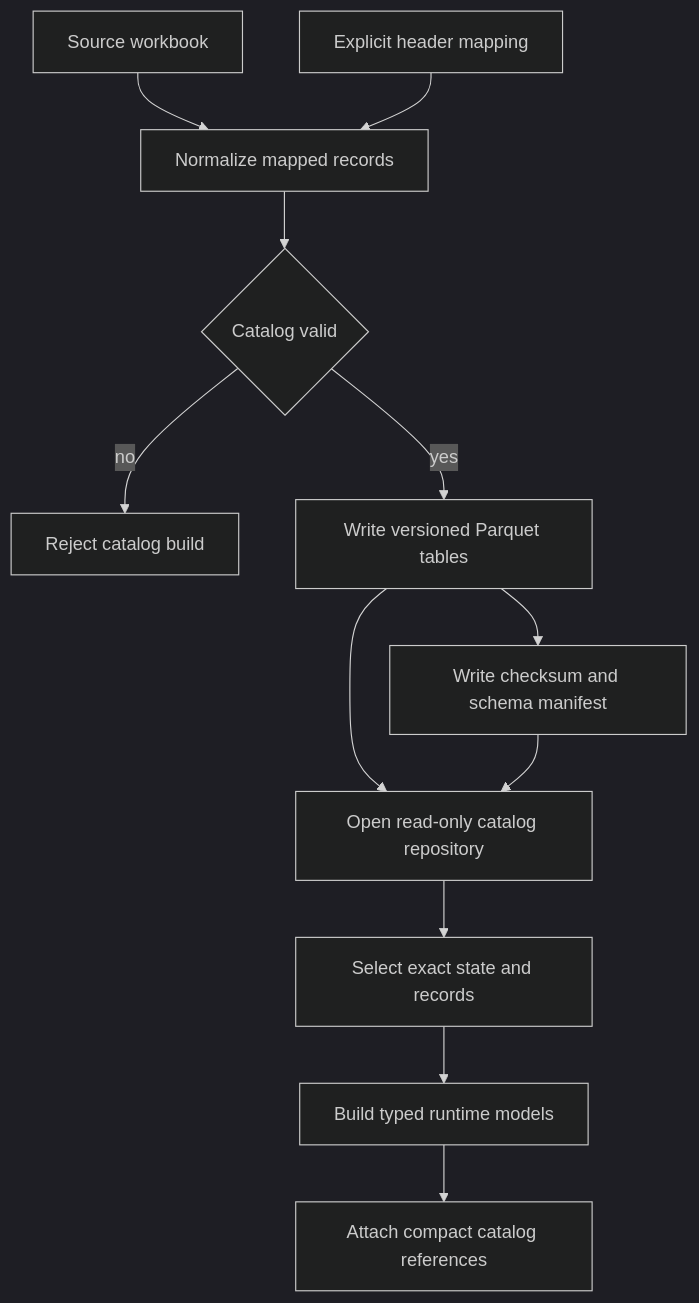
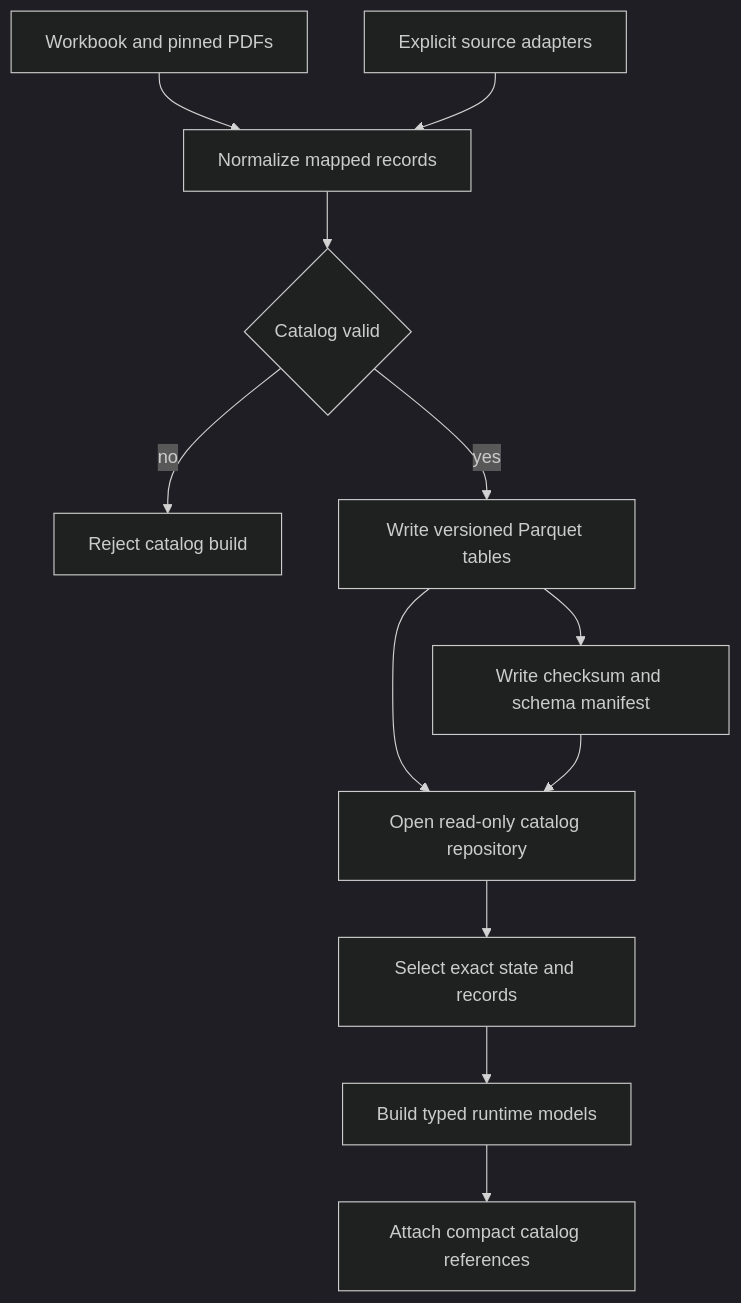
Before and after one commit to SebastianManriqueM/transmissionlines: the diagram in docs/source/concepts/catalog.rst, drawn with Mermaid (dark theme). The commit also changed other lines of this file and 85 other files, not shown here.

```diff
--- a/docs/source/concepts/catalog.rst
+++ b/docs/source/concepts/catalog.rst
@@ -27,17 +41,17 @@
 .. mermaid::
    :name: catalog-generation-and-use
    :alt: Source workbook normalization, catalog validation, exact runtime selection, and model construction
    :caption: Catalog generation and runtime use
 
    flowchart TD
-	   Source[Source workbook] --> Normalize[Normalize mapped records]
-	   Mapping[Explicit header mapping] --> Normalize
+	   Source[Workbook and pinned PDFs] --> Normalize[Normalize mapped records]
+	   Mapping[Explicit source adapters] --> Normalize
 	   Normalize --> Validate{Catalog valid}
 	   Validate -->|no| Reject[Reject catalog build]
 	   Validate -->|yes| Tables[Write versioned Parquet tables]
 	   Tables --> Manifest[Write checksum and schema manifest]
 	   Tables --> Repository[Open read-only catalog repository]
 	   Manifest --> Repository
 	   Repository --> Select[Select exact state and records]
 	   Select --> Build[Build typed runtime models]
 	   Build --> Provenance[Attach compact catalog references]
```
